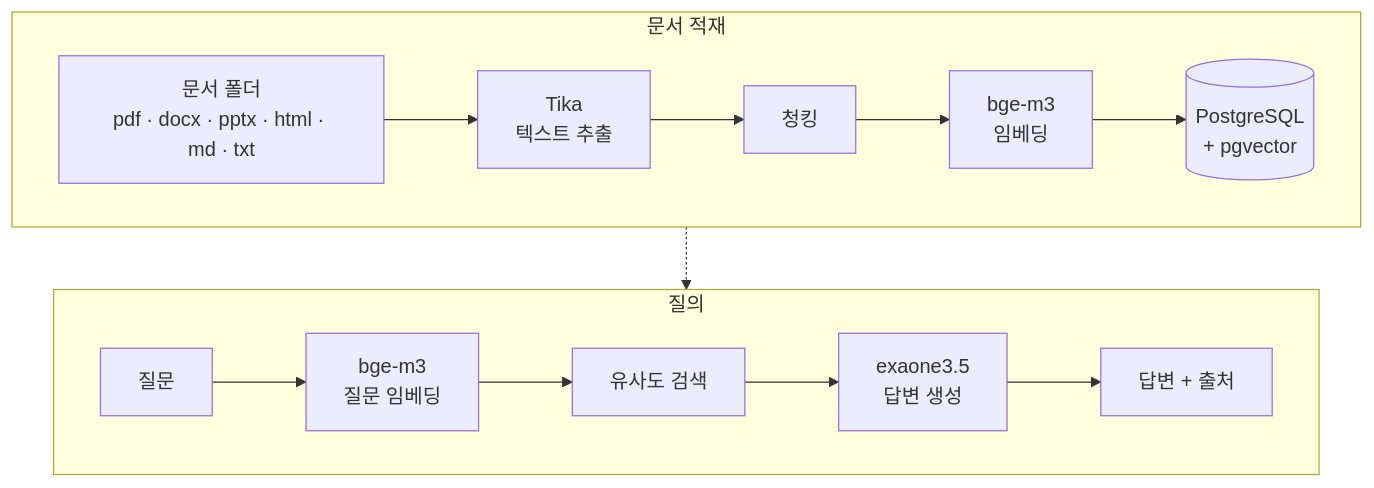
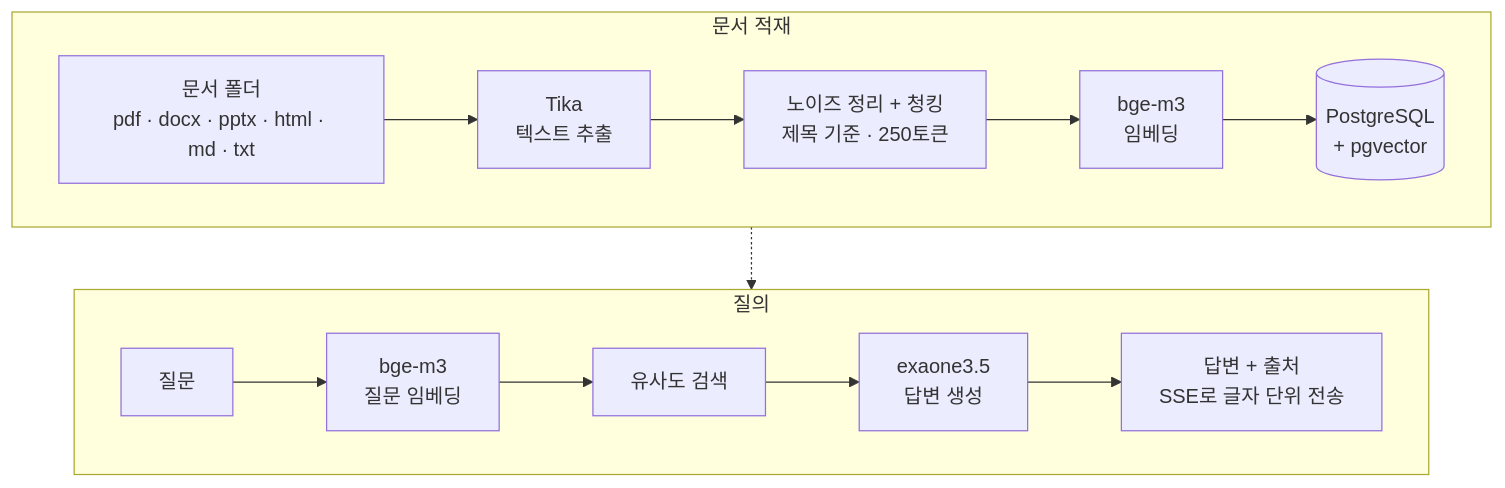
One commit to dongkeun99/Rag-Project changed the diagram in README.md. Above: the diagram before and after it, drawn with Mermaid. The commit also changed other lines of this file and 9 other files, not shown here.

````diff
--- a/README.md
+++ b/README.md
@@ -60,20 +61,20 @@
 ```mermaid
 flowchart TB
     subgraph ingest["문서 적재"]
         direction LR
         A["문서 폴더<br/>pdf · docx · pptx · html · md · txt"] --> B["Tika<br/>텍스트 추출"]
-        B --> C["청킹"]
+        B --> C["노이즈 정리 + 청킹<br/>제목 기준 · 250토큰"]
         C --> D["bge-m3<br/>임베딩"]
         D --> E[("PostgreSQL<br/>+ pgvector")]
     end
 
     subgraph ask["질의"]
         direction LR
         Q["질문"] --> F["bge-m3<br/>질문 임베딩"]
         F --> G["유사도 검색"]
         G --> H["exaone3.5<br/>답변 생성"]
-        H --> R["답변 + 출처"]
+        H --> R["답변 + 출처<br/>SSE로 글자 단위 전송"]
     end
 
     E -.-> G
 ```
````
